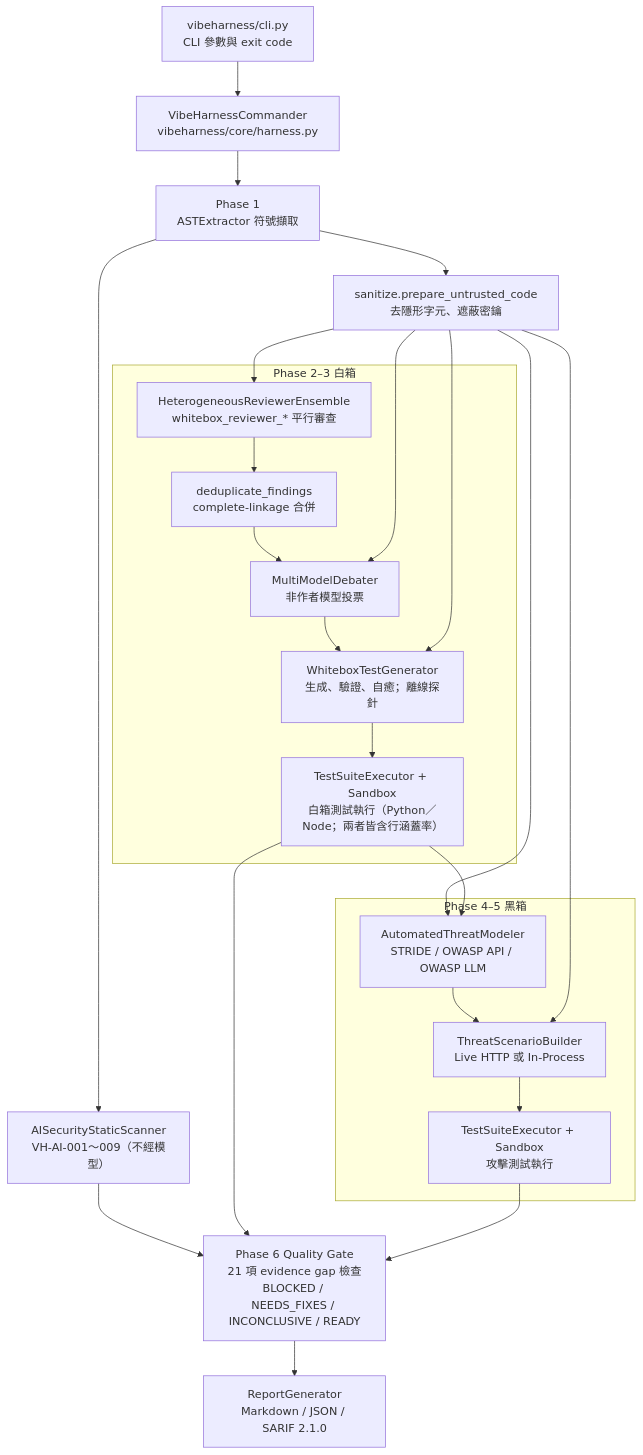
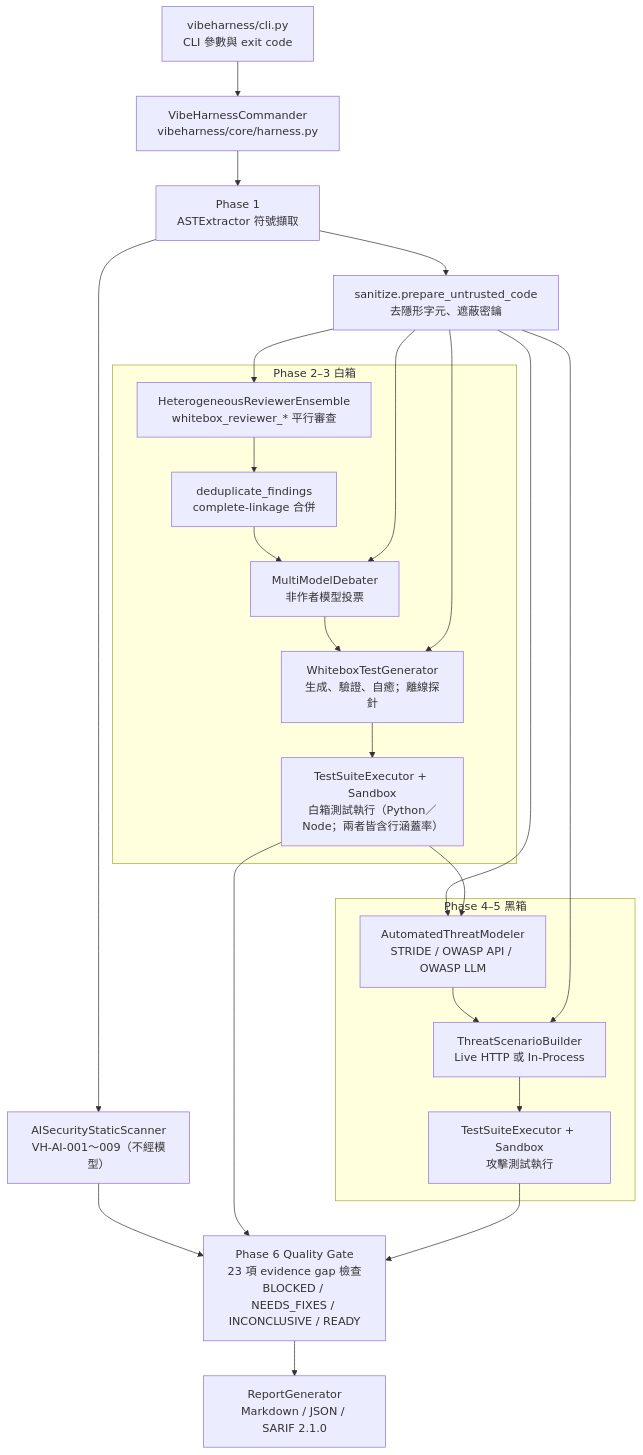
One commit to chinchiang/MultiAgentGama changed the first of 3 diagrams in docs/design.md. Above: the diagram before and after it, drawn with Mermaid. The commit also changed other lines of this file and 8 other files, not shown here.

````diff
--- a/docs/design.md
+++ b/docs/design.md
@@ -43,34 +43,34 @@
 ```mermaid
 flowchart TD
     CLI["vibeharness/cli.py<br/>CLI 參數與 exit code"] --> CMD["VibeHarnessCommander<br/>vibeharness/core/harness.py"]
     CMD --> P1["Phase 1<br/>ASTExtractor 符號擷取"]
     P1 --> SAST["AISecurityStaticScanner<br/>VH-AI-001～009（不經模型）"]
     P1 --> SAN["sanitize.prepare_untrusted_code<br/>去隱形字元、遮蔽密鑰"]
 
     subgraph WB ["Phase 2–3 白箱"]
         REV["HeterogeneousReviewerEnsemble<br/>whitebox_reviewer_* 平行審查"]
         DEDUP["deduplicate_findings<br/>complete-linkage 合併"]
         DEB["MultiModelDebater<br/>非作者模型投票"]
         GEN["WhiteboxTestGenerator<br/>生成、驗證、自癒；離線探針"]
         EXE1["TestSuiteExecutor + Sandbox<br/>白箱測試執行（Python／Node；兩者皆含行涵蓋率）"]
         REV --> DEDUP --> DEB --> GEN --> EXE1
     end
 
     subgraph BB ["Phase 4–5 黑箱"]
         TM["AutomatedThreatModeler<br/>STRIDE / OWASP API / OWASP LLM"]
         ATK["ThreatScenarioBuilder<br/>Live HTTP 或 In-Process"]
         EXE2["TestSuiteExecutor + Sandbox<br/>攻擊測試執行"]
         TM --> ATK --> EXE2
     end
 
     SAN --> REV
     SAN --> DEB
     SAN --> GEN
     SAN --> TM
     SAN --> ATK
     EXE1 --> TM
     SAST --> GATE
     EXE1 --> GATE
-    EXE2 --> GATE["Phase 6 Quality Gate<br/>21 項 evidence gap 檢查<br/>BLOCKED / NEEDS_FIXES / INCONCLUSIVE / READY"]
+    EXE2 --> GATE["Phase 6 Quality Gate<br/>23 項 evidence gap 檢查<br/>BLOCKED / NEEDS_FIXES / INCONCLUSIVE / READY"]
     GATE --> OUT["ReportGenerator<br/>Markdown / JSON / SARIF 2.1.0"]
 ```
````
